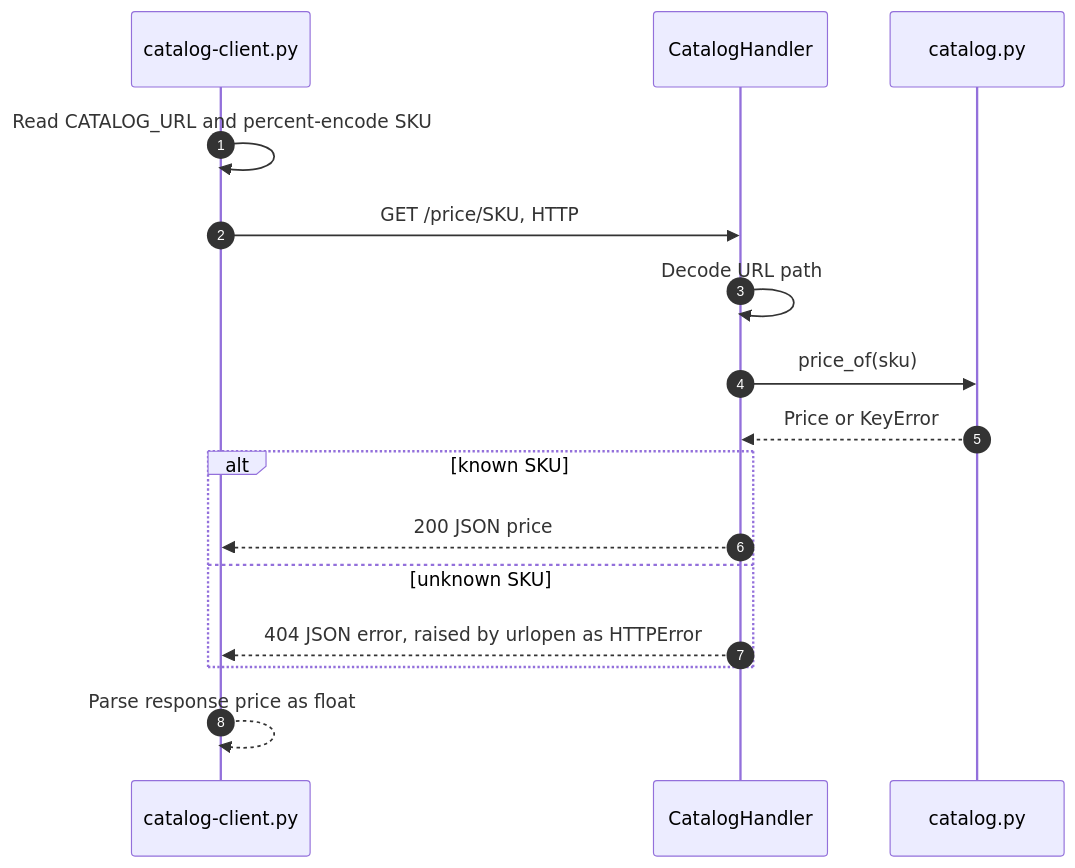
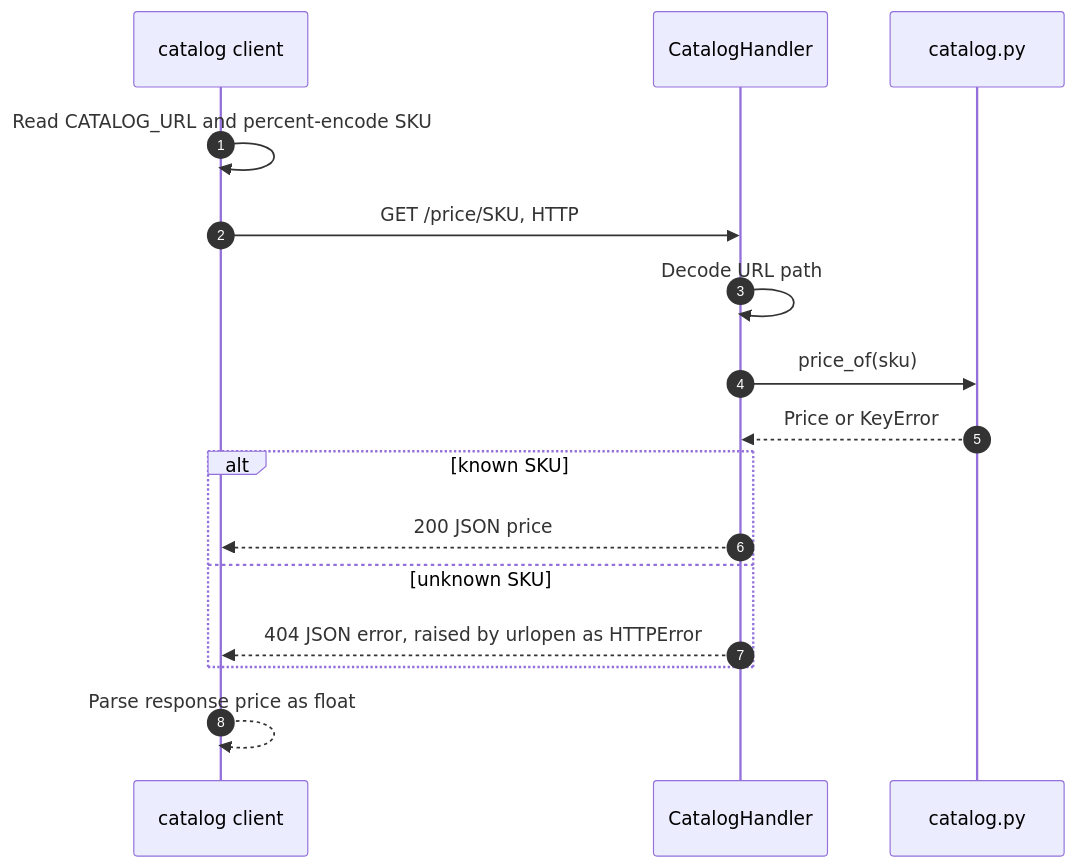
One commit to vishalc412/bible-mode-b-test changed the seventh of 10 diagrams in codebase-analysis/hld/05-key-flows.md. Above: the diagram before and after it, drawn with Mermaid. The commit also changed other lines of this file and 41 other files, not shown here.

````diff
--- a/codebase-analysis/hld/05-key-flows.md
+++ b/codebase-analysis/hld/05-key-flows.md
@@ -338,18 +351,18 @@
 ```mermaid
 sequenceDiagram
   autonumber
-  participant Client as catalog-client.py
+  participant Client as catalog client
   participant Server as CatalogHandler
   participant Catalog as catalog.py
   Client->>Client: Read CATALOG_URL and percent-encode SKU
   Client->>Server: GET /price/SKU, HTTP
   Server->>Server: Decode URL path
   Server->>Catalog: price_of(sku)
   Catalog-->>Server: Price or KeyError
   alt known SKU
     Server-->>Client: 200 JSON price
   else unknown SKU
     Server-->>Client: 404 JSON error, raised by urlopen as HTTPError
   end
   Client-->>Client: Parse response price as float
 ```
````
